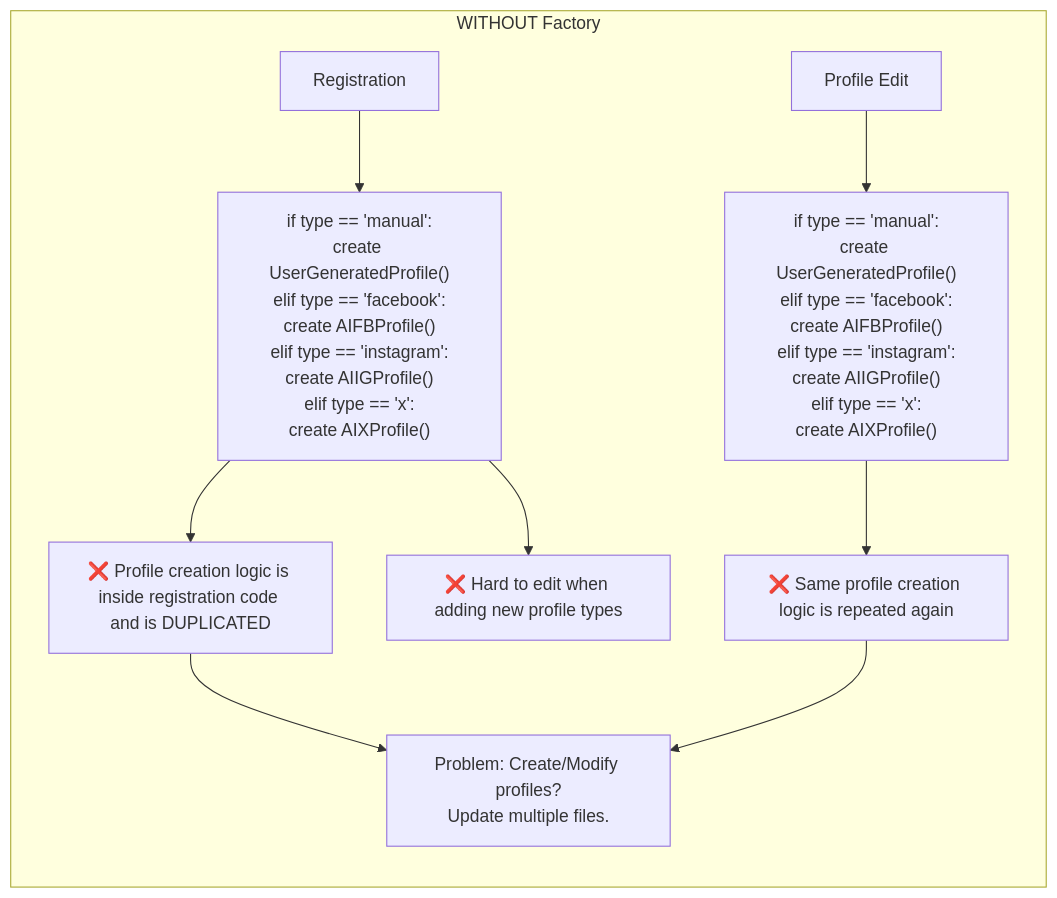
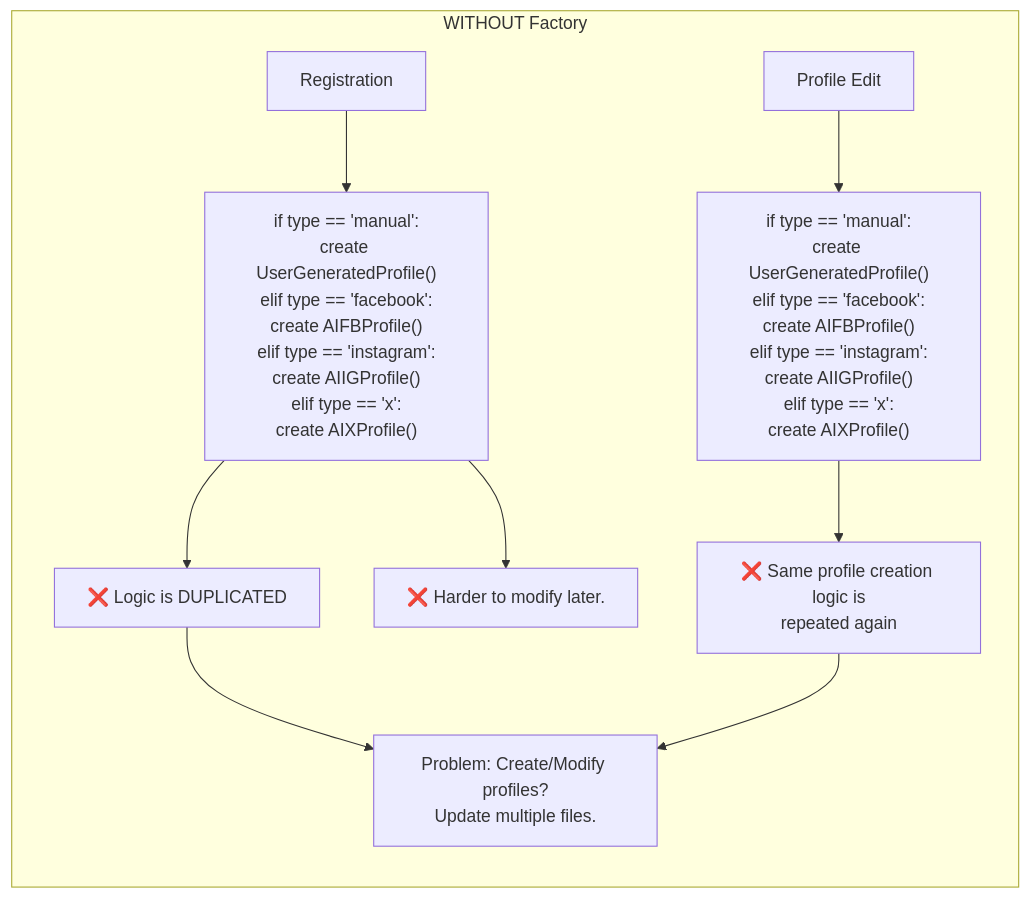
Before and after one commit to NellePot/FirstRepository: the diagram in README.md, drawn with Mermaid.

````diff
--- a/README.md
+++ b/README.md
@@ -5,18 +5,18 @@
 ```mermaid
 flowchart TB
     subgraph W["WITHOUT Factory"]
         direction TB
 
         A[Registration] --> B["if type == 'manual':<br/>create UserGeneratedProfile()<br/>elif type == 'facebook':<br/>create AIFBProfile()<br/>elif type == 'instagram':<br/>create AIIGProfile()<br/>elif type == 'x':<br/>create AIXProfile()"]
 
-        B --> C["❌ Profile creation logic is inside registration code and is DUPLICATED"]
-        B --> D["❌ Hard to edit when adding new profile types"]
+        B --> C["❌ Logic is DUPLICATED"]
+        B --> D["❌ Harder to modify later."]
 
         E[Profile Edit] --> F["if type == 'manual':<br/>create UserGeneratedProfile()<br/>elif type == 'facebook':<br/>create AIFBProfile()<br/>elif type == 'instagram':<br/>create AIIGProfile()<br/>elif type == 'x':<br/>create AIXProfile()"]
 
-        F --> G["❌ Same profile creation logic is repeated again"]
+        F --> G["❌ Same profile creation logic is<br/>repeated again"]
 
         C --> H["Problem: Create/Modify profiles?<br/>Update multiple files."]
         G --> H
     end
 ```
````
